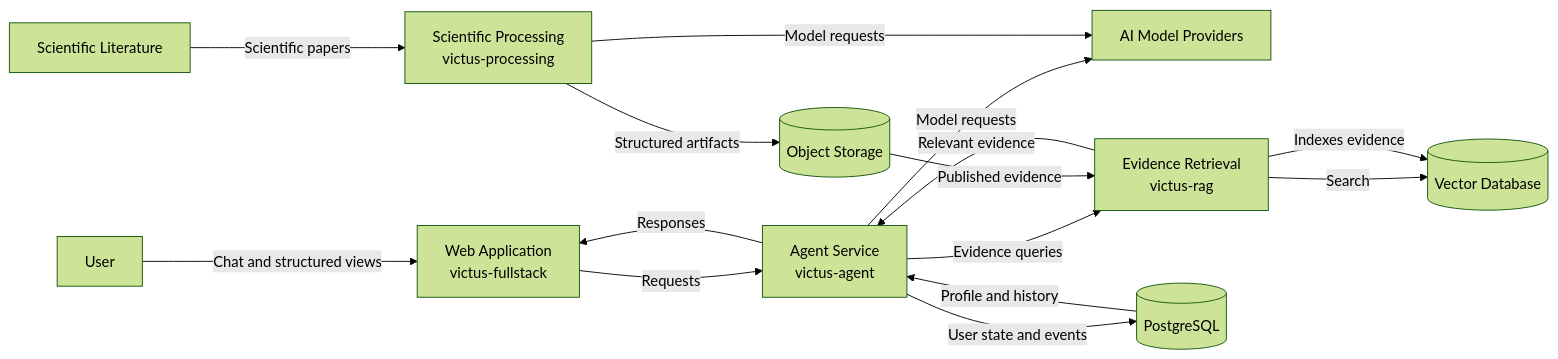
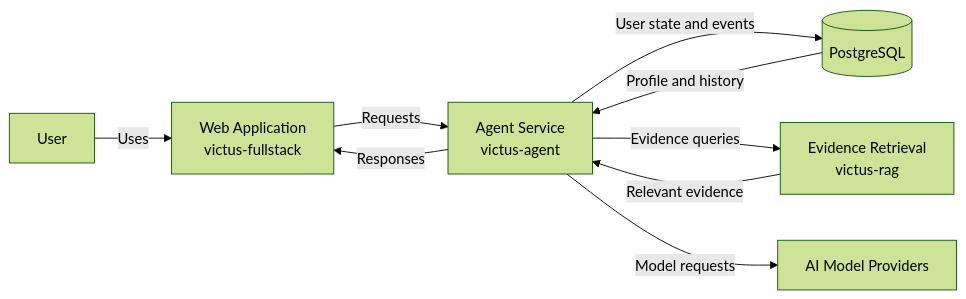
The first of 2 diagrams in arquitecture/Containers.md (CarlosGebard/victus-docs), drawn with Mermaid (forest theme) before and after one commit. The commit also changed other lines of this file, not shown here.

````diff
--- a/arquitecture/Containers.md
+++ b/arquitecture/Containers.md
@@ -19,34 +28,22 @@
 ```mermaid
 graph LR
     User[User]
-    Papers[Scientific Literature]
-    Models[AI Model Providers]
-
     Web[Web Application<br/>victus-fullstack]
     Agent[Agent Service<br/>victus-agent]
     RAG[Evidence Retrieval<br/>victus-rag]
-    Processing[Scientific Processing<br/>victus-processing]
+    DB[(PostgreSQL)]
+    Models[AI Model Providers]
 
-    DB[(PostgreSQL)]
-    Vector[(Vector Database)]
-    Storage[(Object Storage)]
+    User -->|Uses| Web
 
-    User -->|Chat and structured views| Web
     Web -->|Requests| Agent
     Agent -->|Responses| Web
 
     Agent -->|User state and events| DB
     DB -->|Profile and history| Agent
 
     Agent -->|Evidence queries| RAG
     RAG -->|Relevant evidence| Agent
-    RAG -->|Search| Vector
-
-    Papers -->|Scientific papers| Processing
-    Processing -->|Structured artifacts| Storage
-    Storage -->|Published evidence| RAG
-    RAG -->|Indexes evidence| Vector
 
     Agent -->|Model requests| Models
-    Processing -->|Model requests| Models
 ```
````
